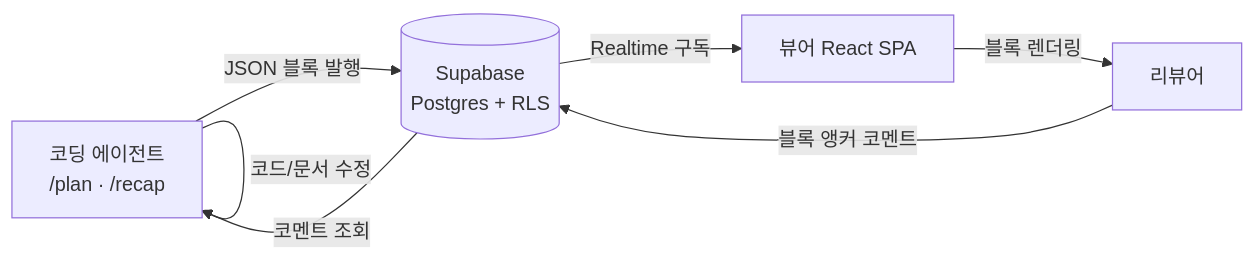
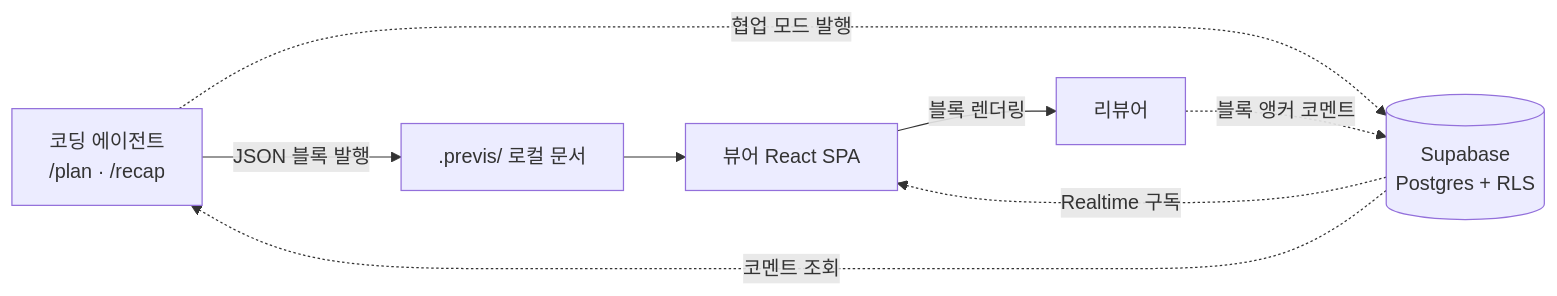
One commit to claude-studio/previs changed the diagram in docs/ARCHI.md. Above: the diagram before and after it, drawn with Mermaid. The commit also changed other lines of this file and 5 other files, not shown here.

````diff
--- a/docs/ARCHI.md
+++ b/docs/ARCHI.md
@@ -124,9 +130,10 @@
 ```mermaid
 flowchart LR
-    A[코딩 에이전트\n/plan · /recap] -->|JSON 블록 발행| B[(Supabase\nPostgres + RLS)]
-    B -->|Realtime 구독| C[뷰어 React SPA]
-    C -->|블록 렌더링| D[리뷰어]
-    D -->|블록 앵커 코멘트| B
-    B -->|코멘트 조회| A
-    A -->|코드/문서 수정| A
+    A["코딩 에이전트<br/>/plan · /recap"] -->|JSON 블록 발행| L[".previs/ 로컬 문서"]
+    L --> C["뷰어 React SPA"]
+    A -.->|협업 모드 발행| B[("Supabase<br/>Postgres + RLS")]
+    B -.->|Realtime 구독| C
+    C -->|블록 렌더링| D["리뷰어"]
+    D -.->|블록 앵커 코멘트| B
+    B -.->|코멘트 조회| A
 ```
````
